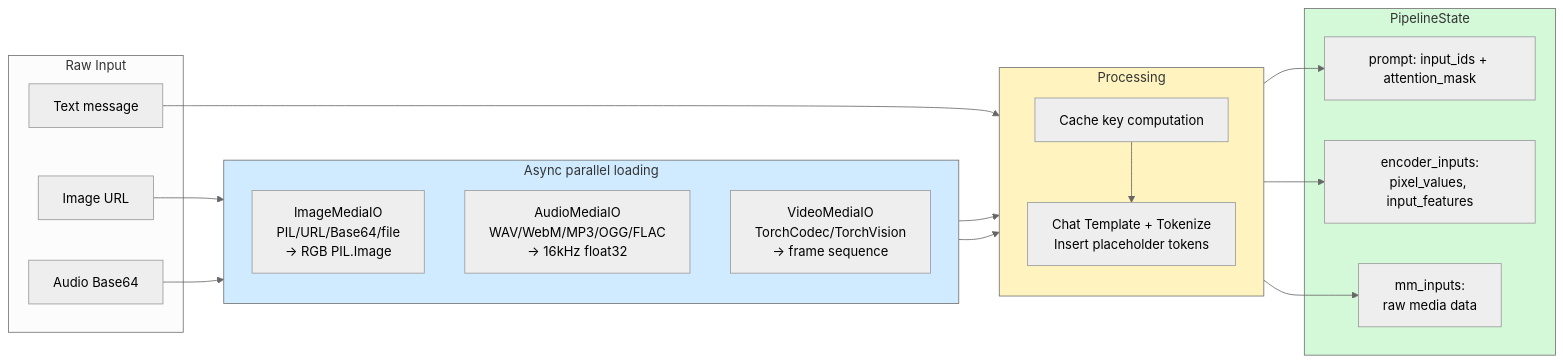
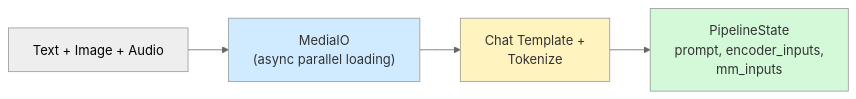
Before and after one commit to zhaochenyang20/Awesome-ML-SYS-Tutorial: diagram 22 of 33 in sglang/sglang-omni/README.md, drawn with Mermaid (neutral theme). The commit also changed other lines of this file, not shown here.

First line of the commit message:
style: flatten all diagrams to avoid subgraph overlap issues

````diff
--- a/sglang/sglang-omni/README.md
+++ b/sglang/sglang-omni/README.md
@@ -900,37 +804,8 @@
 ```mermaid
 graph LR
-    subgraph Input["Raw Input"]
-        text["Text message"]
-        img_url["Image URL"]
-        audio_b64["Audio Base64"]
-    end
+    Input["Text + Image + Audio"] --> Media["MediaIO<br/>(async parallel loading)"] --> Token["Chat Template +<br/>Tokenize"] --> Out["PipelineState<br/>prompt, encoder_inputs,<br/>mm_inputs"]
 
-    subgraph MediaIO["Async parallel loading"]
-        direction TB
-        IM["ImageMediaIO<br/>PIL/URL/Base64/file<br/>→ RGB PIL.Image"]
-        AM["AudioMediaIO<br/>WAV/WebM/MP3/OGG/FLAC<br/>→ 16kHz float32"]
-        VM["VideoMediaIO<br/>TorchCodec/TorchVision<br/>→ frame sequence"]
-    end
-
-    subgraph Process["Processing"]
-        direction TB
-        CK["Cache key computation"]
-        TK["Chat Template + Tokenize<br/>Insert placeholder tokens"]
-    end
-
-    subgraph Output["PipelineState"]
-        O1["prompt: input_ids + attention_mask"]
-        O2["encoder_inputs:<br/>pixel_values, input_features"]
-        O3["mm_inputs:<br/>raw media data"]
-    end
-
-    text --> TK
-    img_url --> IM --> CK --> TK
-    audio_b64 --> AM --> CK
-
-    TK --> O1 & O2 & O3
-
-    style MediaIO fill:#d0ebff,color:#333
-    style Process fill:#fff3bf,color:#333
-    style Output fill:#d3f9d8,color:#333
+    style Media fill:#d0ebff,color:#333
+    style Token fill:#fff3bf,color:#333
+    style Out fill:#d3f9d8,color:#333
 ```
````
